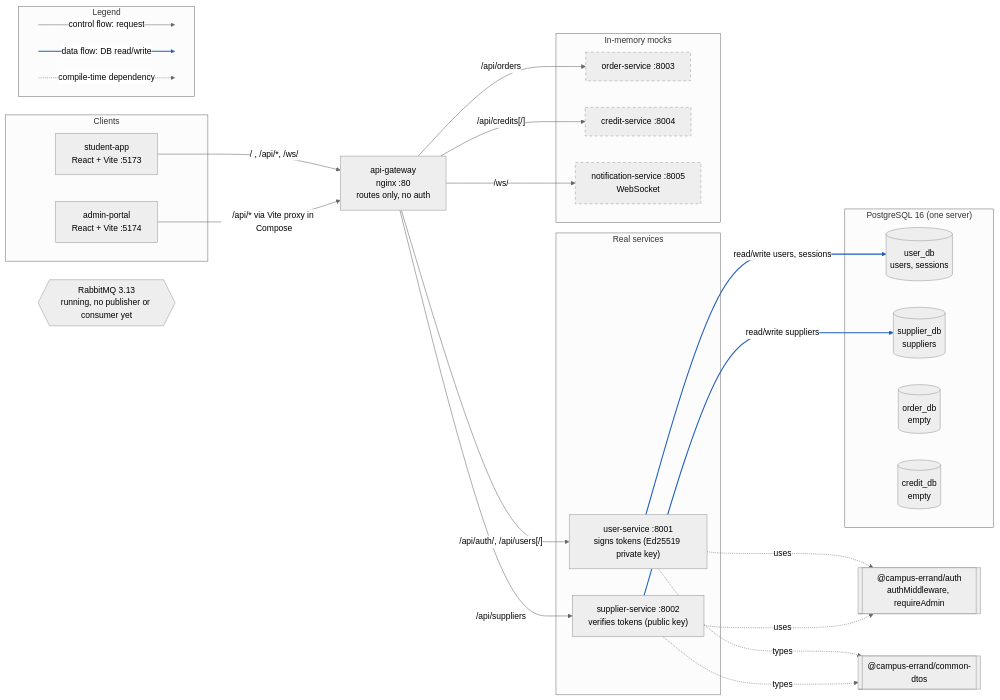
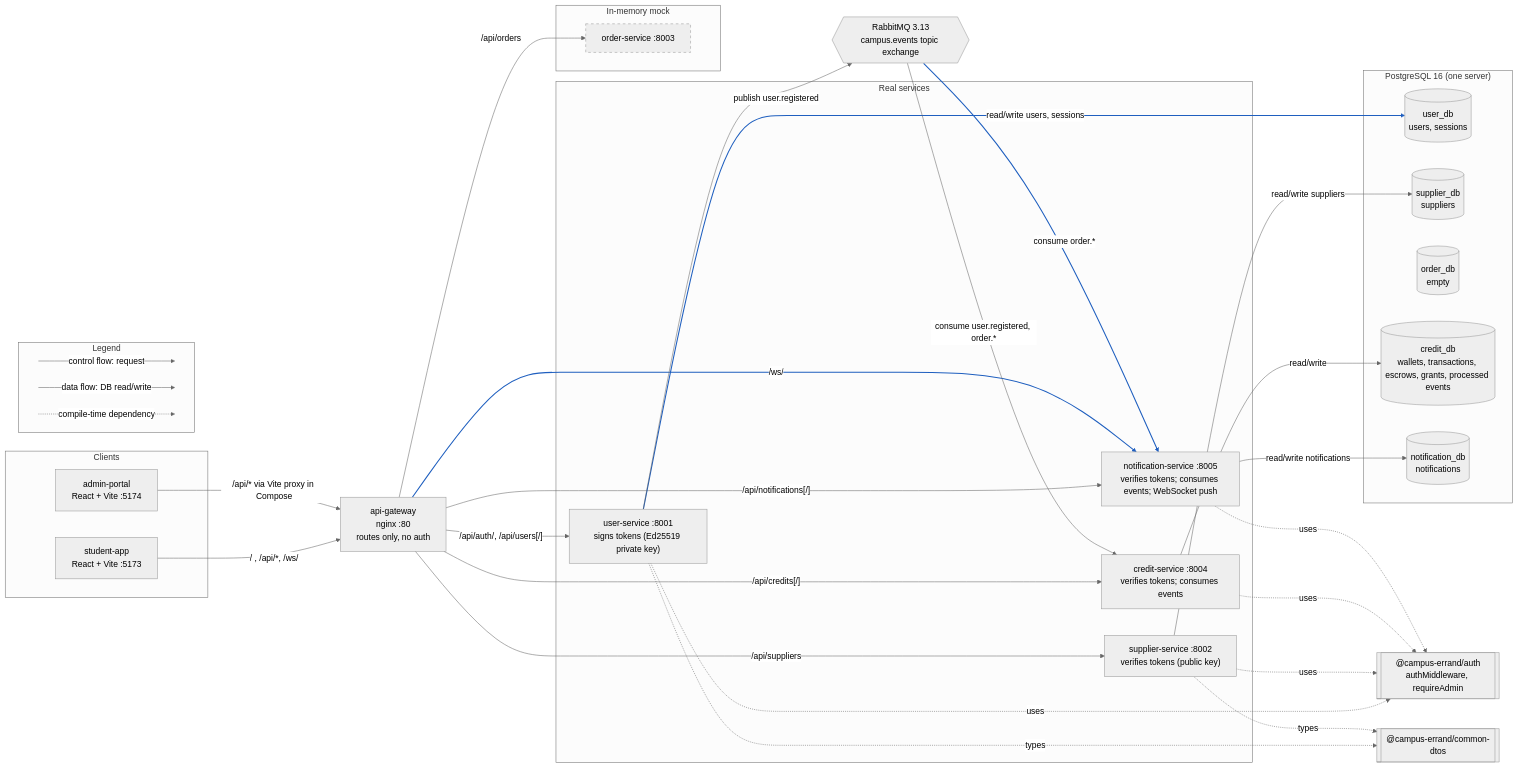
One commit to AY2627S1-CS3219-P25/friend-on-campus changed the diagram in docs/diagrams/component.md. Above: the diagram before and after it, drawn with Mermaid (neutral theme). The commit also changed other lines of this file and 14 other files, not shown here.

First line of the commit message:
docs: notification service as built; diagrams, index, contract, agent briefs; usage log

````diff
--- a/docs/diagrams/component.md
+++ b/docs/diagrams/component.md
@@ -26,59 +30,68 @@
 ```mermaid
 flowchart LR
   subgraph Clients
     SA["student-app<br/>React + Vite :5173"]
     AP["admin-portal<br/>React + Vite :5174"]
   end
 
   GW["api-gateway<br/>nginx :80<br/>routes only, no auth"]
 
   subgraph Real["Real services"]
     US["user-service :8001<br/>signs tokens (Ed25519 private key)"]
     SS["supplier-service :8002<br/>verifies tokens (public key)"]
+    CS["credit-service :8004<br/>verifies tokens; consumes events"]
+    NS["notification-service :8005<br/>verifies tokens; consumes events; WebSocket push"]
   end
 
-  subgraph Mock["In-memory mocks"]
+  subgraph Mock["In-memory mock"]
     OS["order-service :8003"]:::mock
-    CS["credit-service :8004"]:::mock
-    NS["notification-service :8005<br/>WebSocket"]:::mock
   end
 
   AUTH[["@campus-errand/auth<br/>authMiddleware, requireAdmin"]]
   DTO[["@campus-errand/common-dtos"]]
 
   subgraph PG["PostgreSQL 16 (one server)"]
     UDB[("user_db<br/>users, sessions")]
     SDB[("supplier_db<br/>suppliers")]
     ODB[("order_db<br/>empty")]
-    CDB[("credit_db<br/>empty")]
+    CDB[("credit_db<br/>wallets, transactions, escrows, grants, processed events")]
+    NDB[("notification_db<br/>notifications")]
   end
 
-  MQ{{"RabbitMQ 3.13<br/>running, no publisher or consumer yet"}}
+  MQ{{"RabbitMQ 3.13<br/>campus.events topic exchange"}}
 
   SA -->|"/ , /api/*, /ws/"| GW
   AP -->|"/api/* via Vite proxy in Compose"| GW
   GW -->|"/api/auth/, /api/users[/]"| US
   GW -->|"/api/suppliers"| SS
   GW -->|"/api/orders"| OS
   GW -->|"/api/credits[/]"| CS
+  GW -->|"/api/notifications[/]"| NS
   GW -->|"/ws/"| NS
 
   US -->|"read/write users, sessions"| UDB
   SS -->|"read/write suppliers"| SDB
+  CS -->|"read/write"| CDB
+  NS -->|"read/write notifications"| NDB
+  US -->|"publish user.registered"| MQ
+  MQ -->|"consume user.registered, order.*"| CS
+  MQ -->|"consume order.*"| NS
   US -. uses .-> AUTH
   SS -. uses .-> AUTH
+  CS -. uses .-> AUTH
+  NS -. uses .-> AUTH
   US -. types .-> DTO
   SS -. types .-> DTO
 
   subgraph Legend
     direction LR
     L1[ ] -->|"control flow: request"| L2[ ]
     L3[ ] -->|"data flow: DB read/write"| L4[ ]
     L5[ ] -.->|"compile-time dependency"| L6[ ]
   end
 
   classDef mock stroke-dasharray: 5 5;
   classDef legendDot width:0px,height:0px,stroke:none,fill:none;
   class L1,L2,L3,L4,L5,L6 legendDot;
   linkStyle 7,8,14 stroke:#1F5FBF,stroke-width:2px;
 ```
````
